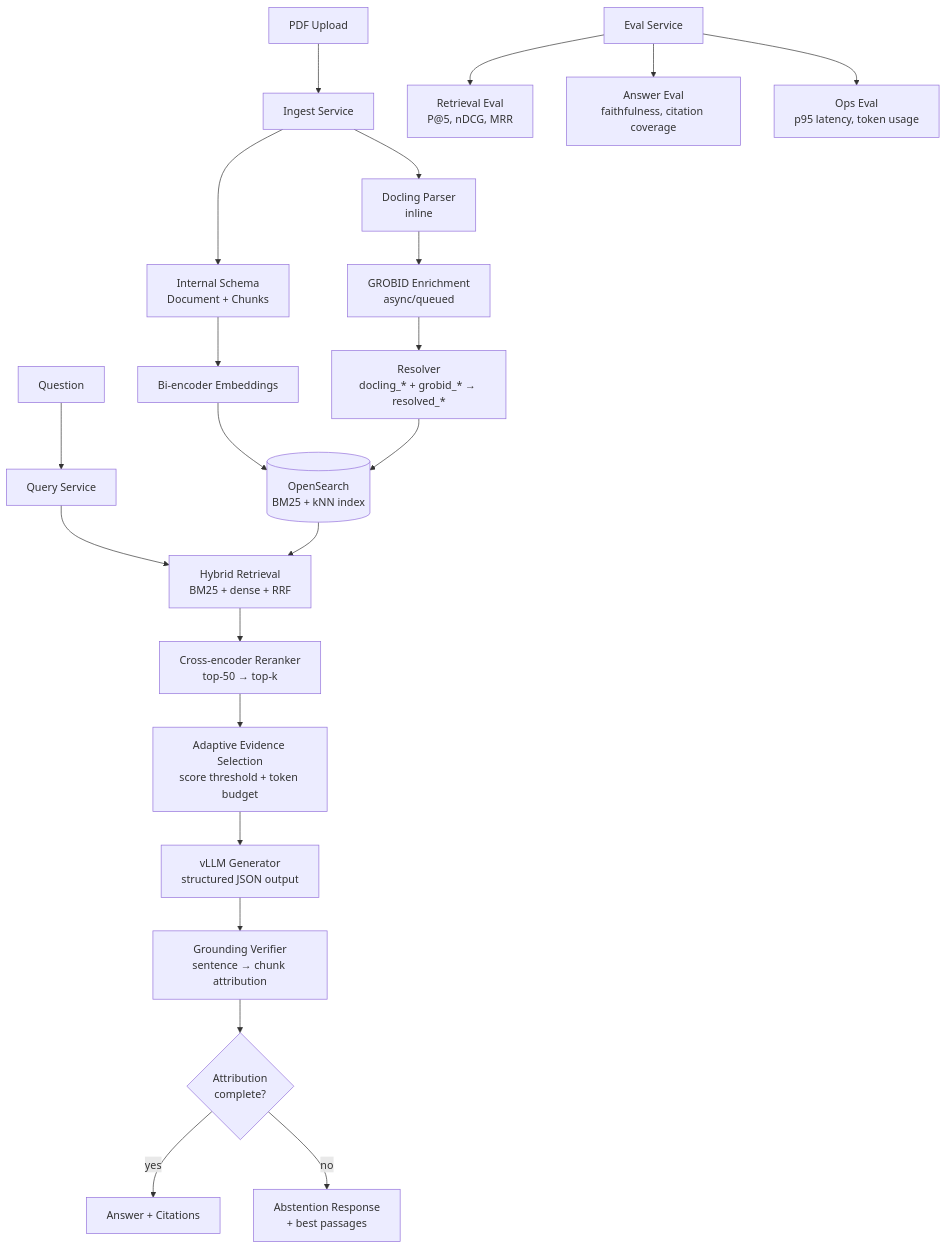
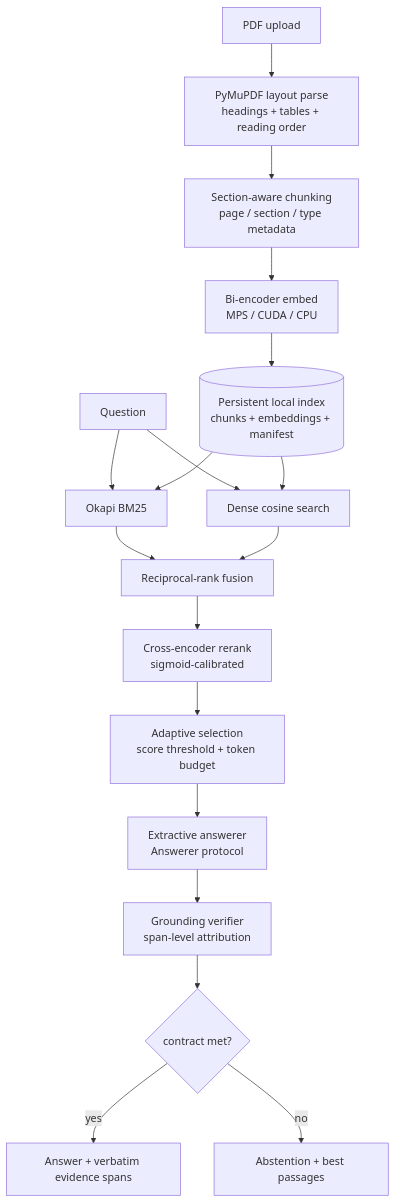
One commit to bhaskara10/grounded-rag-sciqa changed the diagram in README.md. Above: the diagram before and after it, drawn with Mermaid. The commit also changed other lines of this file and 7 other files, not shown here.

````diff
--- a/README.md
+++ b/README.md
@@ -32,27 +121,21 @@
 ```mermaid
 flowchart TD
-    PDF[PDF Upload] --> INGEST[Ingest Service]
-    INGEST --> DOCLING[Docling Parser\ninline]
-    INGEST --> SCHEMA[Internal Schema\nDocument + Chunks]
-    SCHEMA --> EMBED[Bi-encoder Embeddings]
-    EMBED --> OS[(OpenSearch\nBM25 + kNN index)]
+    PDF[PDF upload] --> PARSE[PyMuPDF layout parse\nheadings + tables + reading order]
+    PARSE --> CHUNK[Section-aware chunking\npage / section / type metadata]
+    CHUNK --> EMBED[Bi-encoder embed\nMPS / CUDA / CPU]
+    EMBED --> IDX[(Persistent local index\nchunks + embeddings + manifest)]
 
-    DOCLING --> GROBID_Q[GROBID Enrichment\nasync/queued]
-    GROBID_Q --> RESOLVE[Resolver\ndocling_* + grobid_* → resolved_*]
-    RESOLVE --> OS
-
-    QUERY[Question] --> QS[Query Service]
-    QS --> HYBRID[Hybrid Retrieval\nBM25 + dense + RRF]
-    OS --> HYBRID
-    HYBRID --> RERANK[Cross-encoder Reranker\ntop-50 → top-k]
-    RERANK --> ADAPTIVE[Adaptive Evidence Selection\nscore threshold + token budget]
-    ADAPTIVE --> VLLM[vLLM Generator\nstructured JSON output]
-    VLLM --> GROUND[Grounding Verifier\nsentence → chunk attribution]
-    GROUND --> ABSTAIN{Attribution\ncomplete?}
-    ABSTAIN -- yes --> ANSWER[Answer + Citations]
-    ABSTAIN -- no --> ABSTENTION[Abstention Response\n+ best passages]
-
-    EVAL[Eval Service] --> RET_EVAL[Retrieval Eval\nP@5, nDCG, MRR]
-    EVAL --> QA_EVAL[Answer Eval\nfaithfulness, citation coverage]
-    EVAL --> OPS_EVAL[Ops Eval\np95 latency, token usage]
+    Q[Question] --> BM25[Okapi BM25]
+    Q --> DENSE[Dense cosine search]
+    IDX --> BM25
+    IDX --> DENSE
+    BM25 --> RRF[Reciprocal-rank fusion]
+    DENSE --> RRF
+    RRF --> RERANK[Cross-encoder rerank\nsigmoid-calibrated]
+    RERANK --> SELECT[Adaptive selection\nscore threshold + token budget]
+    SELECT --> ANSWER[Extractive answerer\nAnswerer protocol]
+    ANSWER --> VERIFY[Grounding verifier\nspan-level attribution]
+    VERIFY --> OK{contract met?}
+    OK -- yes --> OUT[Answer + verbatim evidence spans]
+    OK -- no --> ABST[Abstention + best passages]
 ```
````
